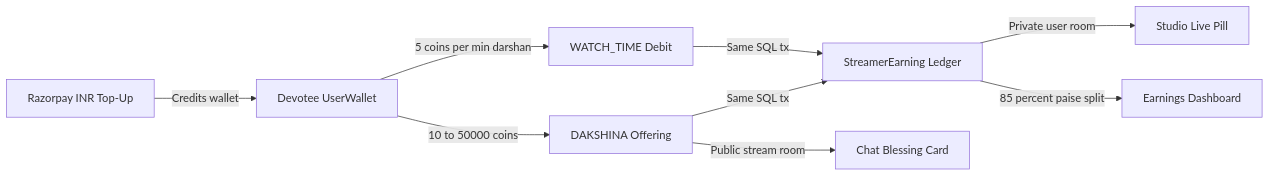
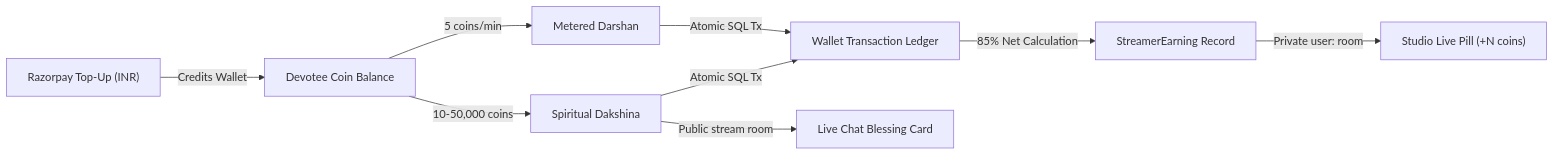
The third of 3 diagrams in README.md (AnkitTiwari2005/LIVE-STREAM), drawn with Mermaid before and after one commit. The commit also changed other lines of this file and 167 other files, not shown here.

````diff
--- a/README.md
+++ b/README.md
@@ -132,11 +201,13 @@
 ```mermaid
 flowchart LR
-    rzp["Razorpay INR Top-Up"] -->|"Credits wallet"| wallet["Devotee UserWallet"]
-    wallet -->|"5 coins per min darshan"| watch["WATCH_TIME Debit"]
-    wallet -->|"10 to 50000 coins"| dak["DAKSHINA Offering"]
-    watch -->|"Same SQL tx"| earn["StreamerEarning Ledger"]
-    dak -->|"Same SQL tx"| earn
-    earn -->|"Private user room"| studio["Studio Live Pill"]
-    dak -->|"Public stream room"| chat["Chat Blessing Card"]
-    earn -->|"85 percent paise split"| dash["Earnings Dashboard"]
+    rzp["Razorpay Top-Up (INR)"] -->|"Credits Wallet"| wallet["Devotee Coin Balance"]
+    wallet -->|"5 coins/min"| watch["Metered Darshan"]
+    wallet -->|"10-50,000 coins"| tip["Spiritual Dakshina"]
+    
+    watch -->|"Atomic SQL Tx"| tx["Wallet Transaction Ledger"]
+    tip -->|"Atomic SQL Tx"| tx
+    
+    tx -->|"85% Net Calculation"| earn["StreamerEarning Record"]
+    earn -->|"Private user:<id> room"| studio["Studio Live Pill (+N coins)"]
+    tip -->|"Public stream room"| chat["Live Chat Blessing Card"]
 ```
````
